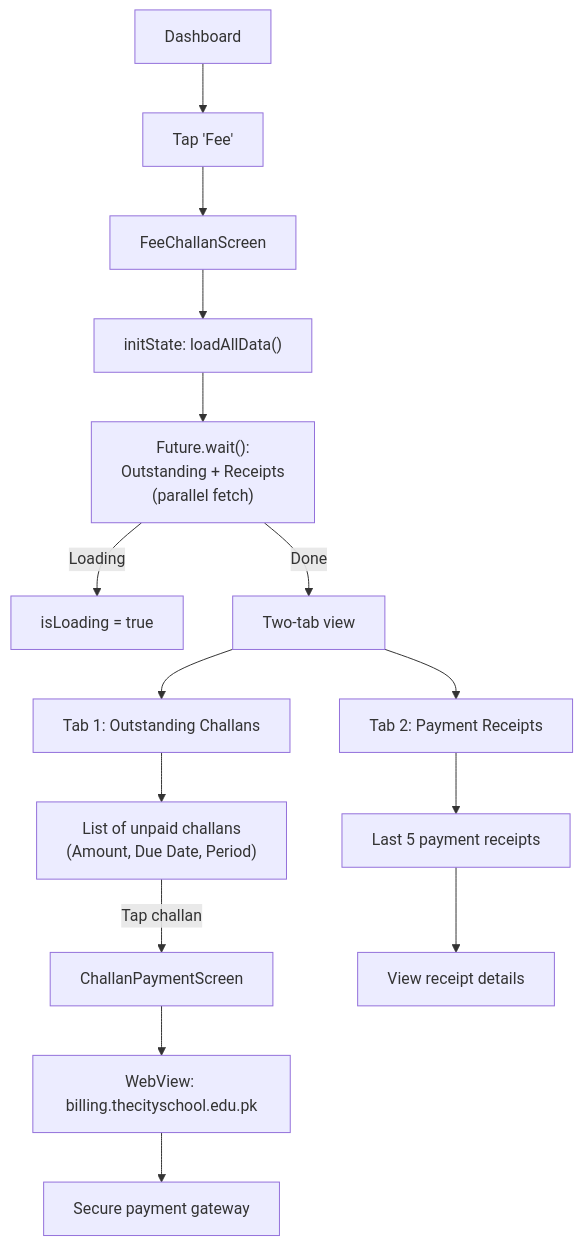
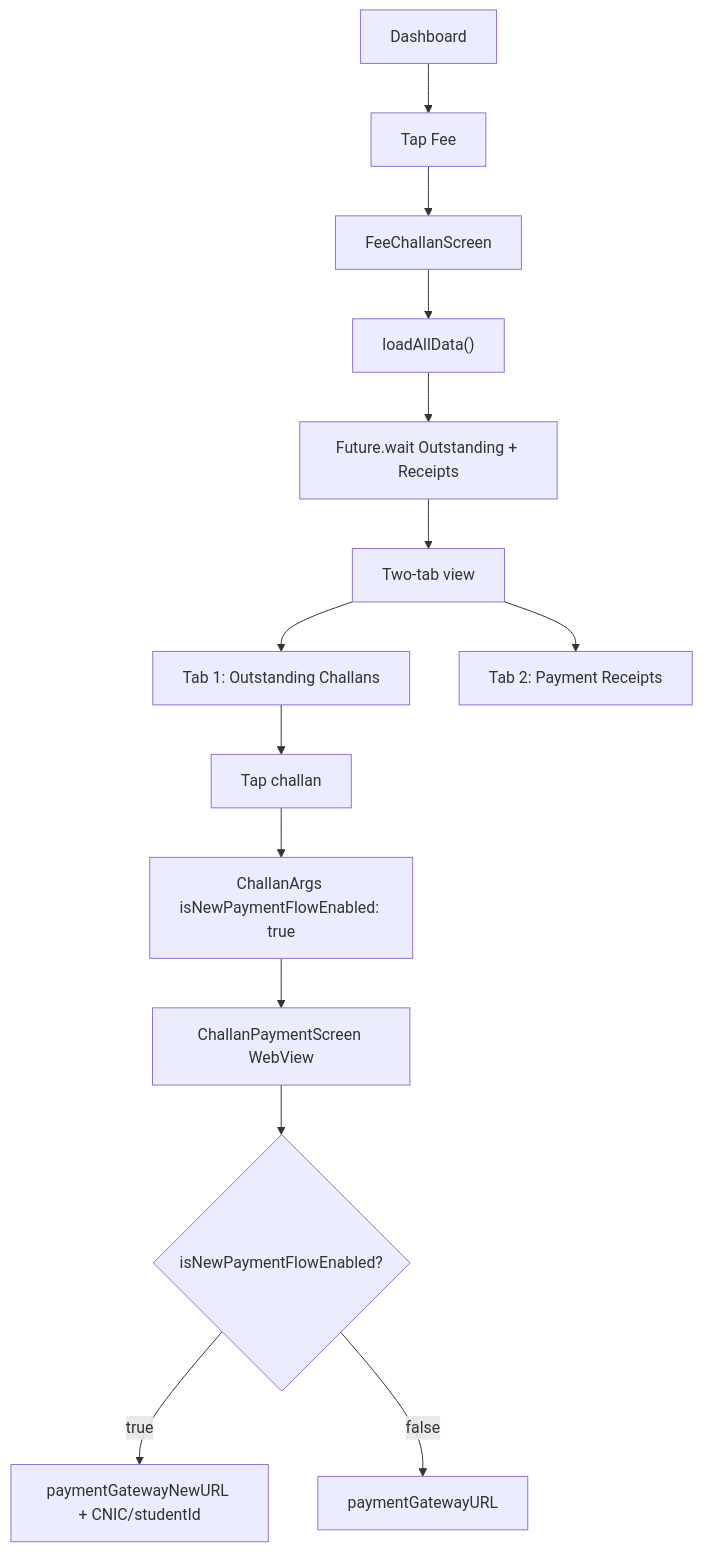
The diagram in docs/Flows/Fee and Payment Flow.md (kainatsghar/CityzensApp), drawn with Mermaid before and after one commit. The commit also changed other lines of this file and 89 other files, not shown here.

Commit message:
docs: initialize comprehensive technical documentation and architecture blueprints

````diff
--- a/docs/Flows/Fee and Payment Flow.md
+++ b/docs/Flows/Fee and Payment Flow.md
@@ -9,21 +19,18 @@
 ```mermaid
 graph TD
-    A["Dashboard"] --> B["Tap 'Fee'"]
+    A["Dashboard"] --> B["Tap Fee"]
     B --> C["FeeChallanScreen"]
-    C --> D["initState: loadAllData()"]
-    D --> E["Future.wait():<br/>Outstanding + Receipts<br/>(parallel fetch)"]
+    C --> D["loadAllData()"]
+    D --> E["Future.wait Outstanding + Receipts"]
     
-    E -->|Loading| F["isLoading = true"]
-    E -->|Done| G["Two-tab view"]
-    
+    E --> G["Two-tab view"]
     G --> H["Tab 1: Outstanding Challans"]
     G --> I["Tab 2: Payment Receipts"]
     
-    H --> J["List of unpaid challans<br/>(Amount, Due Date, Period)"]
-    J -->|Tap challan| K["ChallanPaymentScreen"]
-    K --> L["WebView: billing.thecityschool.edu.pk"]
-    L --> M["Secure payment gateway"]
-    
-    I --> N["Last 5 payment receipts"]
-    N --> O["View receipt details"]
+    H --> J["Tap challan"]
+    J --> K["ChallanArgs isNewPaymentFlowEnabled: true"]
+    K --> L["ChallanPaymentScreen WebView"]
+    L --> M{"isNewPaymentFlowEnabled?"}
+    M -->|true| N["paymentGatewayNewURL + CNIC/studentId"]
+    M -->|false| O["paymentGatewayURL"]
 ```
````
